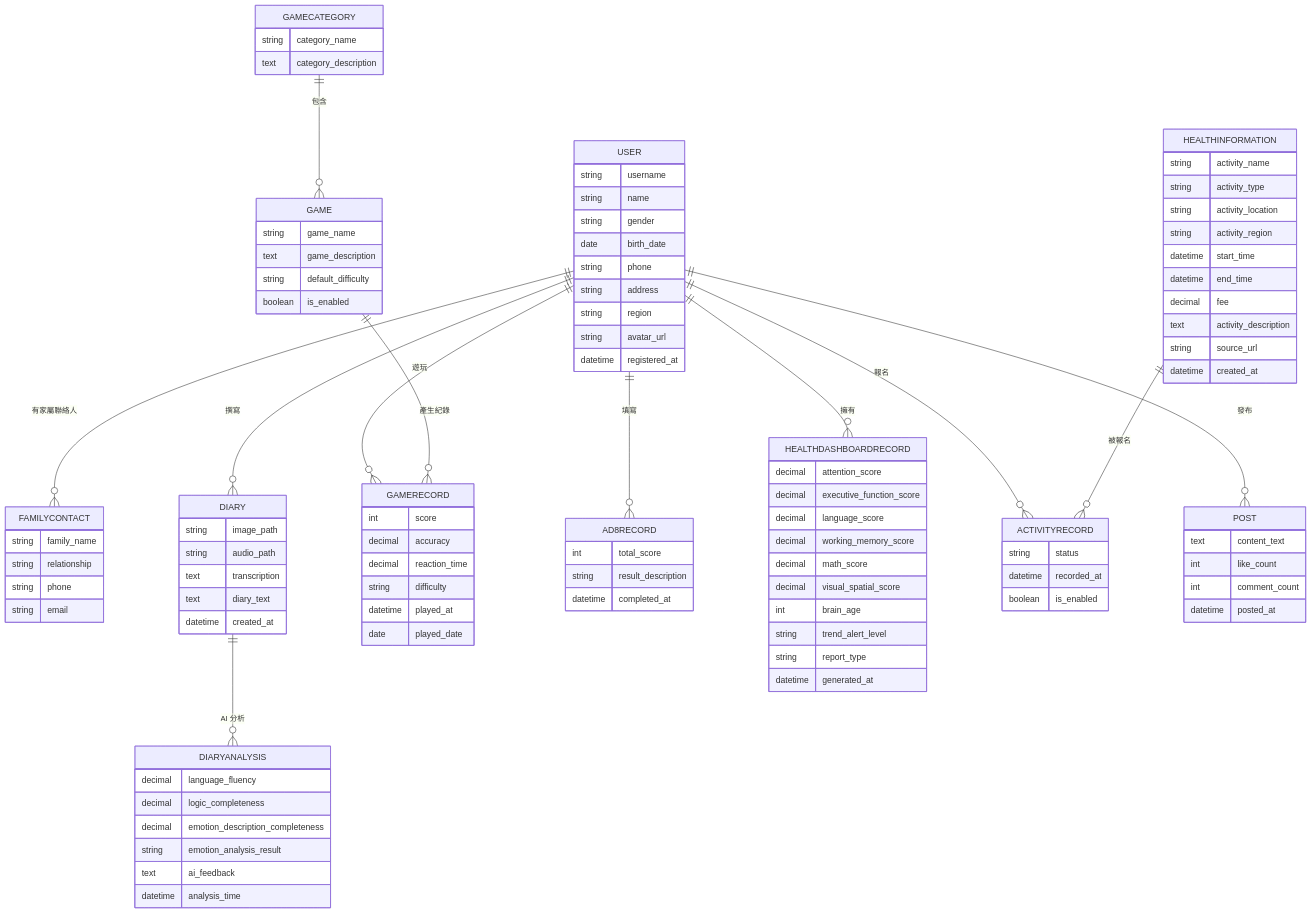
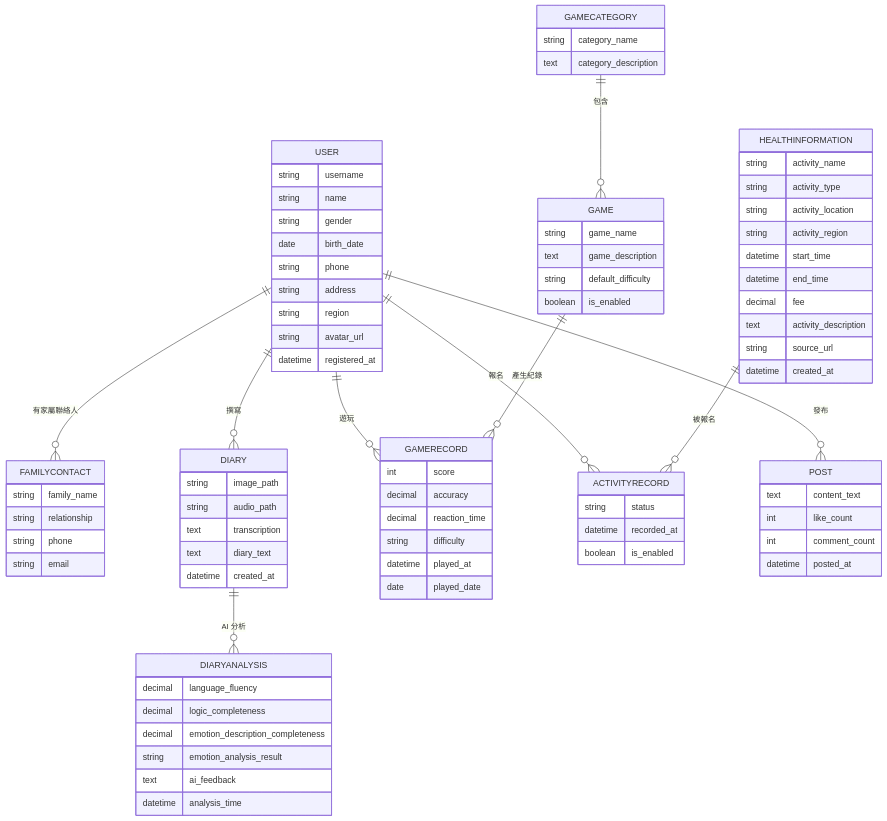
The diagram in README.md (LightMemory-Team/LightMemory-Backend), drawn with Mermaid before and after one commit. The commit also changed other lines of this file and 8 other files, not shown here.

```diff
--- a/README.md
+++ b/README.md
@@ -107,8 +107,6 @@
     USER ||--o{ FAMILYCONTACT : "有家屬聯絡人"
     USER ||--o{ DIARY : "撰寫"
     USER ||--o{ GAMERECORD : "遊玩"
-    USER ||--o{ AD8RECORD : "填寫"
-    USER ||--o{ HEALTHDASHBOARDRECORD : "擁有"
     USER ||--o{ ACTIVITYRECORD : "報名"
     USER ||--o{ POST : "發布"
 
@@ -176,25 +174,6 @@
         date played_date
     }
 
-    AD8RECORD {
-        int total_score
-        string result_description
-        datetime completed_at
-    }
-
-    HEALTHDASHBOARDRECORD {
-        decimal attention_score
-        decimal executive_function_score
-        decimal language_score
-        decimal working_memory_score
-        decimal math_score
-        decimal visual_spatial_score
-        int brain_age
-        string trend_alert_level
-        string report_type
-        datetime generated_at
-    }
-
     HEALTHINFORMATION {
         string activity_name
         string activity_type
```
